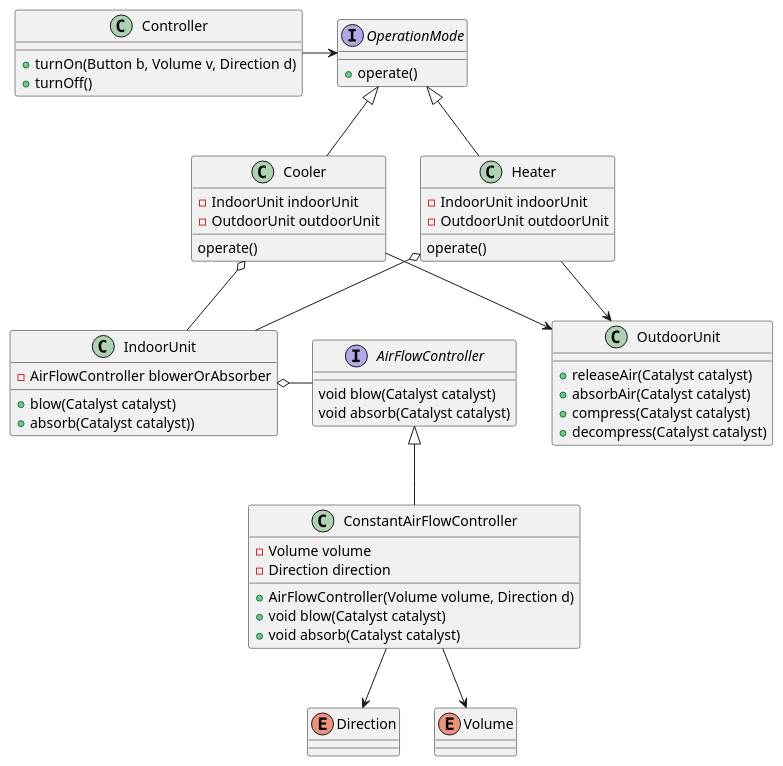
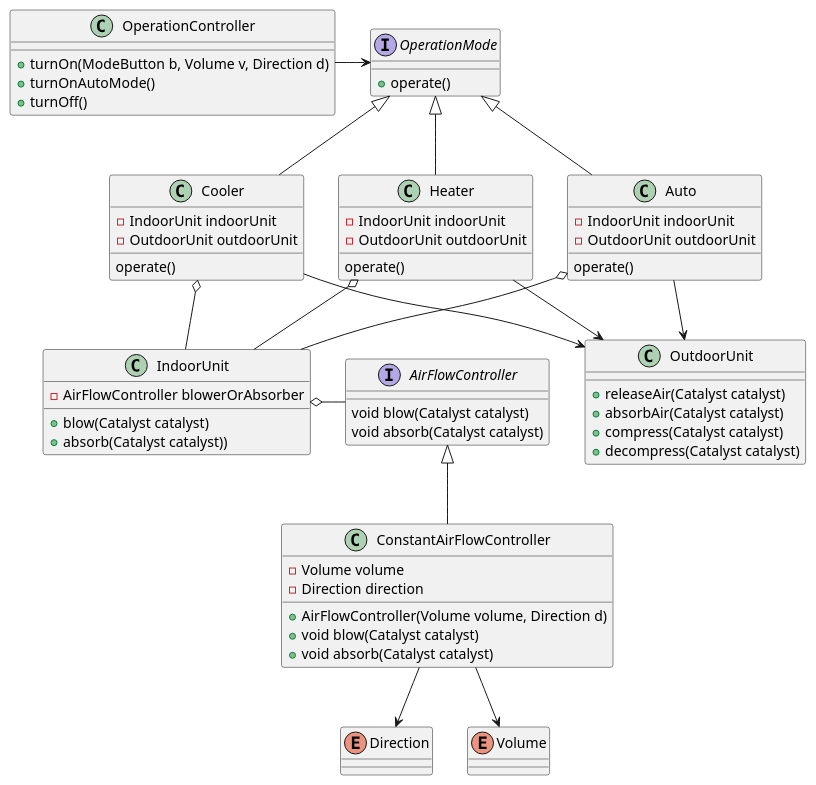
One commit to yatakeke/modeling-training changed the diagram in air-conditioner.puml. Above: the diagram before and after it, drawn with PlantUML.

Commit message:
自動モードの実装

```diff
--- a/air-conditioner.puml
+++ b/air-conditioner.puml
@@ -1,82 +1,93 @@
 @startuml
 'https://plantuml.com/class-diagram
 
 '基本的には冷房と暖房の２つしか選べない
 '風向の指定しかできない
 '温度センサー未実装
 
-class Controller {
-+turnOn(Button b, Volume v, Direction d)
+class OperationController {
++turnOn(ModeButton b, Volume v, Direction d)
++turnOnAutoMode()
 +turnOff()
 }
 
-Controller -right-> OperationMode
+OperationController -right-> OperationMode
 
 interface OperationMode {
 +operate()
 }
 
 OperationMode <|-- Cooler
 OperationMode <|-- Heater
+OperationMode <|-- Auto
 
 class Cooler {
 -IndoorUnit indoorUnit
 -OutdoorUnit outdoorUnit
 operate()
 }
 
 Cooler o-- IndoorUnit
 Cooler --> OutdoorUnit
 
 class Heater {
 -IndoorUnit indoorUnit
 -OutdoorUnit outdoorUnit
 operate()
 }
 
 Heater o-- IndoorUnit
 Heater --> OutdoorUnit
+
+class Auto {
+-IndoorUnit indoorUnit
+-OutdoorUnit outdoorUnit
+operate()
+}
+
+Auto o-- IndoorUnit
+Auto --> OutdoorUnit
 
 
 '意図がindoorUnitと少し違うことを明確にするためにあえて違う名前にしてみた
 class OutdoorUnit {
 +releaseAir(Catalyst catalyst)
 +absorbAir(Catalyst catalyst)
 +compress(Catalyst catalyst)
 +decompress(Catalyst catalyst)
 }
 
 class IndoorUnit {
 -AirFlowController blowerOrAbsorber
 +blow(Catalyst catalyst)
 +absorb(Catalyst catalyst))
 }
 
 IndoorUnit o-right- AirFlowController
 
 interface AirFlowController {
 void blow(Catalyst catalyst)
 void absorb(Catalyst catalyst)
 }
 
 AirFlowController <|-- ConstantAirFlowController
 'TODO: autoとかの実装を後ほどする
 
 class ConstantAirFlowController {
 -Volume volume
 -Direction direction
 +AirFlowController(Volume volume, Direction d)
 +void blow(Catalyst catalyst)
 +void absorb(Catalyst catalyst)
 }
 
 ConstantAirFlowController --> Direction
 ConstantAirFlowController --> Volume
 
 enum Direction {
 }
 
 enum Volume {
 }
 
 @enduml
```
